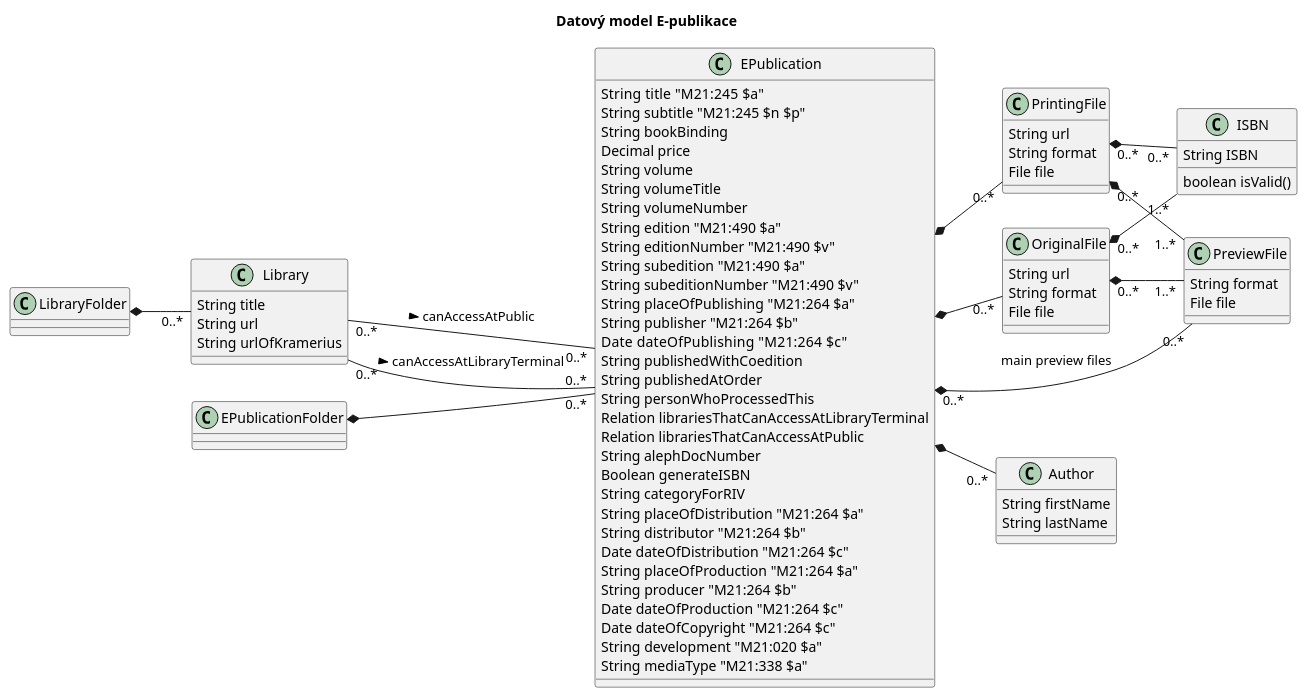
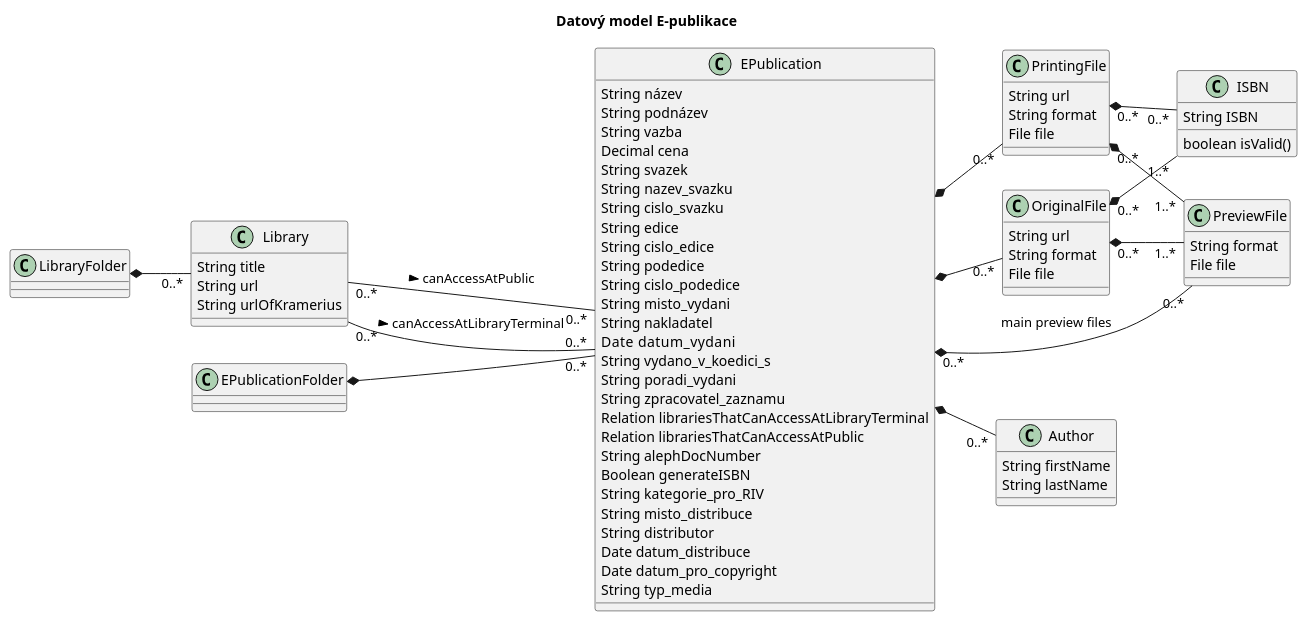
One commit to edeposit/edeposit changed the diagram in docs/dm01.plantuml. Above: the diagram before and after it, drawn with PlantUML. The commit also changed 10 other files, not shown here.

```diff
--- a/docs/dm01.plantuml
+++ b/docs/dm01.plantuml
@@ -1,93 +1,89 @@
 @startuml
 skinparam componentStyle uml2
 left to right direction
 title Datový model E-publikace
 
 class Library {
       String title
       String url
       String urlOfKramerius
 }
 
 class ISBN {
       String ISBN
       boolean isValid()
 }
 
 class PreviewFile {
       String format
       File file
 }
 
 class OriginalFile {
       String url
       String format
       File file
 }
 
 class Author {
       String firstName
       String lastName
 }
 
 class PrintingFile {
       String url
       String format
       File file
 }
 
 class EPublication {
-      String title  "M21:245 $a"
-      String subtitle "M21:245 $n $p"
-      String bookBinding 
-      Decimal price 
-      String volume
-      String volumeTitle
-      String volumeNumber
-      String edition "M21:490 $a"
-      String editionNumber "M21:490 $v"
-      String subedition "M21:490 $a"
-      String subeditionNumber "M21:490 $v"
-      String placeOfPublishing "M21:264 $a"
-      String publisher "M21:264 $b"
-      Date   dateOfPublishing "M21:264 $c"
-      String publishedWithCoedition 
-      String publishedAtOrder 
-      String personWhoProcessedThis
+      String název  
+      String podnázev
+      String vazba 
+      Decimal cena 
+      String svazek
+      String nazev_svazku
+      String cislo_svazku
+      String edice
+      String cislo_edice
+      String podedice
+      String cislo_podedice
+      String misto_vydani
+      String nakladatel
+      Date   datum_vydani
+      String vydano_v_koedici_s
+      String poradi_vydani
+      String zpracovatel_zaznamu
       Relation librariesThatCanAccessAtLibraryTerminal
       Relation librariesThatCanAccessAtPublic
       String alephDocNumber
       Boolean generateISBN
-      String categoryForRIV
-      String placeOfDistribution "M21:264 $a"
-      String distributor "M21:264 $b"
-      Date dateOfDistribution "M21:264 $c"
-      String placeOfProduction "M21:264 $a"
-      String producer "M21:264 $b"
-      Date dateOfProduction "M21:264 $c"
-      Date dateOfCopyright "M21:264 $c"
-      String development "M21:020 $a"
-      String mediaType "M21:338 $a"
+      String kategorie_pro_RIV
+      String misto_distribuce
+      String distributor
+      Date datum_distribuce
+      Date datum_pro_copyright
+      String typ_media
 }
 
 class EPublicationFolder {
       
 }
 
 class LibraryFolder {
 }
 
 Library "0..*" -- "0..*" EPublication: canAccessAtLibraryTerminal >
 Library "0..*" -- "0..*" EPublication: canAccessAtPublic >
 EPublication *-- "0..*" OriginalFile
 EPublication *-- "0..*" PrintingFile
 EPublication *-- "0..*" Author
 EPublication "0..*" *-- "0..*" PreviewFile: main preview files
 OriginalFile "0..*" *-- "1..*" ISBN
 PrintingFile "0..*" *-- "0..*" ISBN
 OriginalFile "0..*" *-- "1..*" PreviewFile
 PrintingFile "0..*" *-- "1..*" PreviewFile
 EPublicationFolder *-- "0..*" EPublication
 LibraryFolder *-- "0..*" Library
 
 @enduml
```
